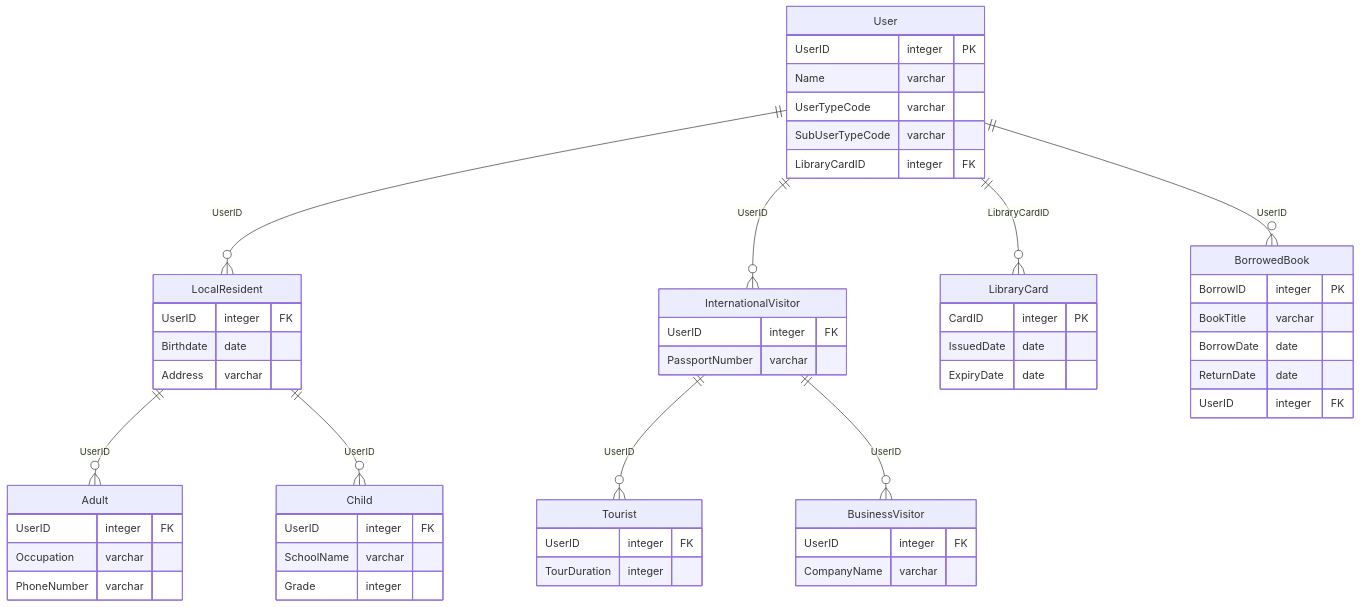
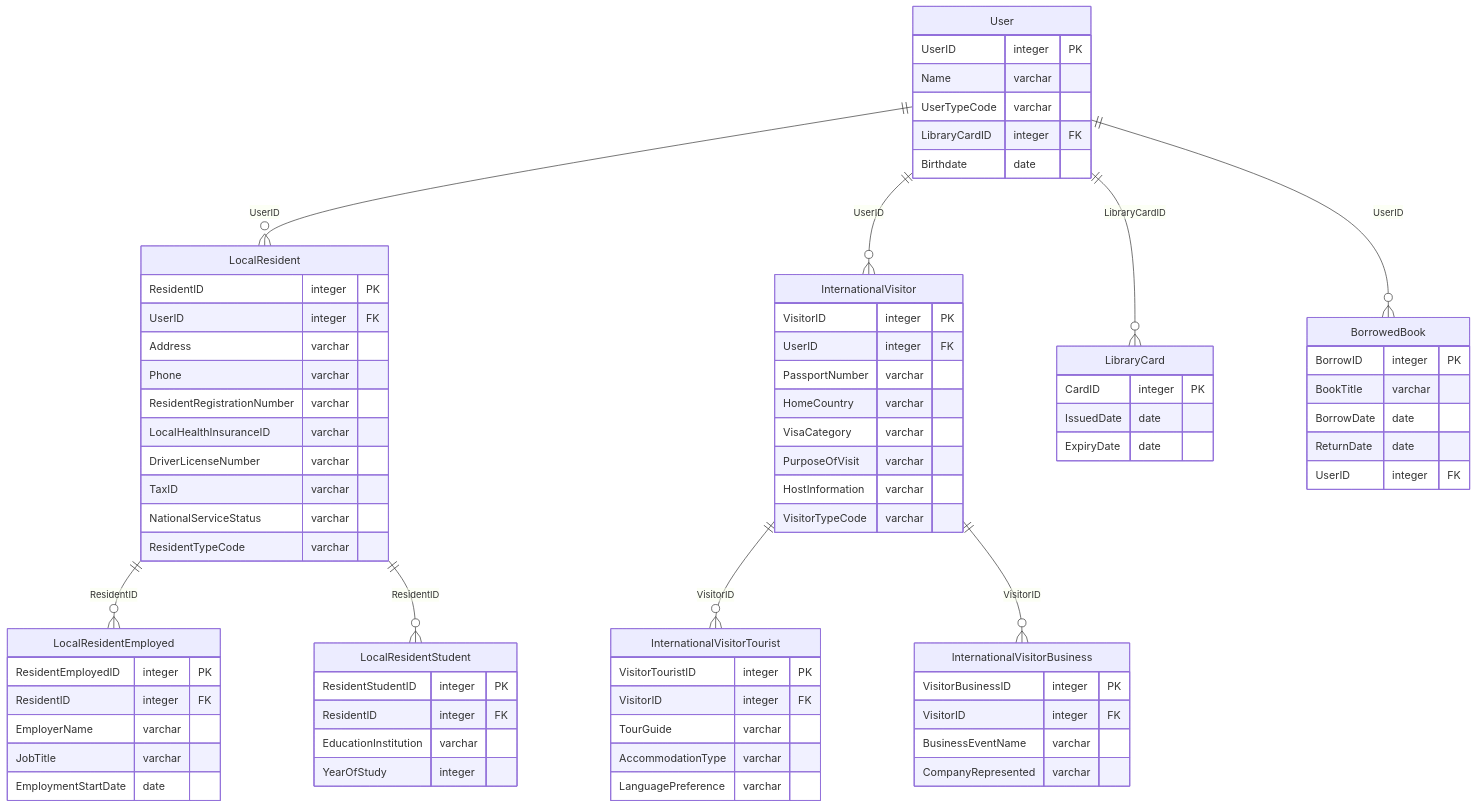
The sixth of 6 diagrams in Database/관계형 데이터 모델링 핵심 가이드/6회차 슈퍼타입 과 서브타입/Ch6-1 슈퍼 타입 과 서브 타입 정의.md (christopher3810/DevBookStudies), drawn with Mermaid before and after one commit. The commit also changed other lines of this file, not shown here.

Commit message:
슈퍼타입 서브타입 예제 수정 및 강화

````diff
--- a/Database/관계형 데이터 모델링 핵심 가이드/6회차 슈퍼타입 과 서브타입/Ch6-1 슈퍼 타입 과 서브 타입 정의.md
+++ b/Database/관계형 데이터 모델링 핵심 가이드/6회차 슈퍼타입 과 서브타입/Ch6-1 슈퍼 타입 과 서브 타입 정의.md
@@ -189,131 +303,88 @@
 ```mermaid 
 erDiagram
+User {
+	UserID integer PK
+	Name varchar
+	UserTypeCode varchar
+	LibraryCardID integer FK
+	Birthdate date
+}
 
-  
+LocalResident {
+	ResidentID integer PK
+	UserID integer FK
+	Address varchar
+	Phone varchar
+	ResidentRegistrationNumber varchar
+	LocalHealthInsuranceID varchar
+	DriverLicenseNumber varchar
+	TaxID varchar
+	NationalServiceStatus varchar
+	ResidentTypeCode varchar
+}
 
-    User {
+LocalResidentEmployed {
+	ResidentEmployedID integer PK
+	ResidentID integer FK
+	EmployerName varchar
+	JobTitle varchar
+	EmploymentStartDate date
+}
 
-        UserID integer PK
+LocalResidentStudent {
+	ResidentStudentID integer PK
+	ResidentID integer FK
+	EducationInstitution varchar
+	YearOfStudy integer
+}
 
-        Name varchar
+InternationalVisitor {
+	VisitorID integer PK
+	UserID integer FK
+	PassportNumber varchar
+	HomeCountry varchar
+	VisaCategory varchar
+	PurposeOfVisit varchar
+	HostInformation varchar
+	VisitorTypeCode varchar
+}
 
-        UserTypeCode varchar
+InternationalVisitorTourist {
+	VisitorTouristID integer PK
+	VisitorID integer FK
+	TourGuide varchar
+	AccommodationType varchar
+	LanguagePreference varchar
+}
 
-        SubUserTypeCode varchar
+InternationalVisitorBusiness {
+	VisitorBusinessID integer PK
+	VisitorID integer FK
+	BusinessEventName varchar
+	CompanyRepresented varchar
+}
 
-        LibraryCardID integer FK
+LibraryCard {
+	CardID integer PK
+	IssuedDate date
+	ExpiryDate date
+}
 
-    }
+BorrowedBook {
+	BorrowID integer PK
+	BookTitle varchar
+	BorrowDate date
+	ReturnDate date
+	UserID integer FK
+}
 
-  
+User ||--o{ LibraryCard : LibraryCardID
+User ||--o{ BorrowedBook : UserID
+User ||--o{ LocalResident : UserID
+User ||--o{ InternationalVisitor : UserID
+LocalResident ||--o{ LocalResidentEmployed : ResidentID
+LocalResident ||--o{ LocalResidentStudent : ResidentID
+InternationalVisitor ||--o{ InternationalVisitorTourist : VisitorID
+InternationalVisitor ||--o{ InternationalVisitorBusiness : VisitorID
 
-    LocalResident {
-
-        UserID integer FK
-
-        Birthdate date
-
-        Address varchar
-
-    }
-
-  
-
-    Adult {
-
-        UserID integer FK
-
-        Occupation varchar
-
-        PhoneNumber varchar
-
-    }
-
-  
-
-    Child {
-
-        UserID integer FK
-
-        SchoolName varchar
-
-        Grade integer
-
-    }
-
-  
-
-    InternationalVisitor {
-
-        UserID integer FK
-
-        PassportNumber varchar
-
-    }
-
-  
-
-    Tourist {
-
-        UserID integer FK
-
-        TourDuration integer
-
-    }
-
-  
-
-    BusinessVisitor {
-
-        UserID integer FK
-
-        CompanyName varchar
-
-    }
-
-  
-
-    LibraryCard {
-
-        CardID integer PK
-
-        IssuedDate date
-
-        ExpiryDate date
-
-    }
-
-  
-
-    BorrowedBook {
-
-        BorrowID integer PK
-
-        BookTitle varchar
-
-        BorrowDate date
-
-        ReturnDate date
-
-        UserID integer FK
-
-    }
-
-  
-
-    User ||--o{ LocalResident : UserID
-
-    User ||--o{ InternationalVisitor : UserID
-
-    LocalResident ||--o{ Adult : UserID
-
-    LocalResident ||--o{ Child : UserID
-
-    InternationalVisitor ||--o{ Tourist : UserID
-
-    InternationalVisitor ||--o{ BusinessVisitor : UserID
-
-    User ||--o{ BorrowedBook : UserID
-
-    User ||--o{ LibraryCard : LibraryCardID
 ```
````
